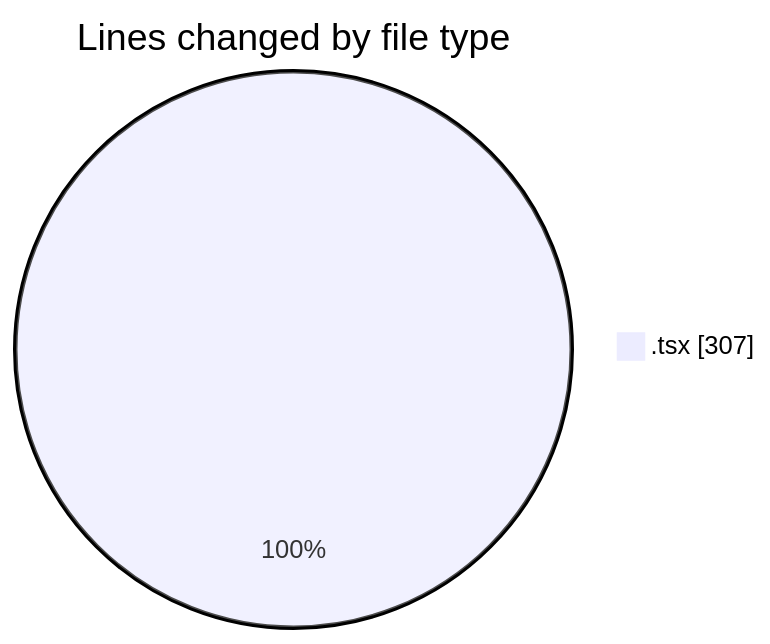
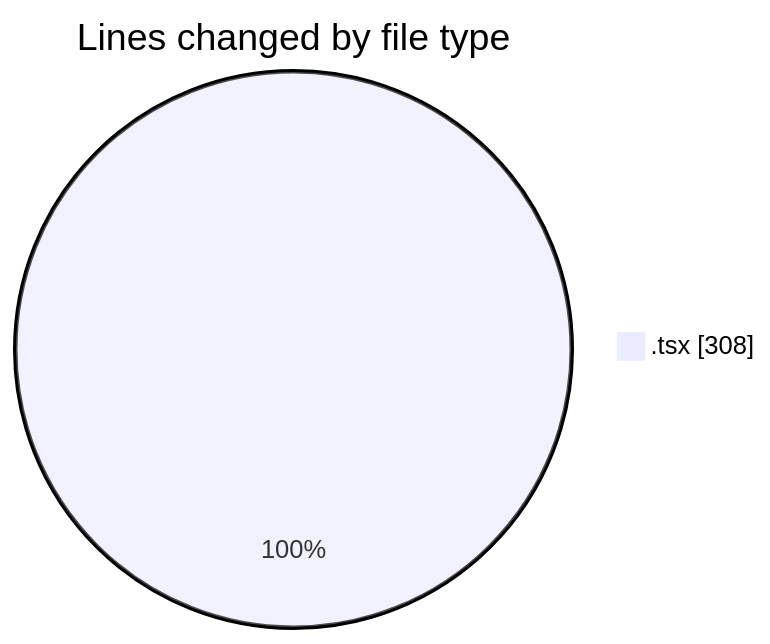
Before and after one commit to momahboobian/code-tracking: the first of 2 diagrams in 2026-08-06/cda/README.md, drawn with Mermaid. The commit also changed other lines of this file and 1 other file, not shown here.

````diff
--- a/2026-08-06/cda/README.md
+++ b/2026-08-06/cda/README.md
@@ -21,5 +22,5 @@
 ```mermaid
 pie showData
 title Lines changed by file type
-".tsx" : 307
+".tsx" : 308
 ```
````
